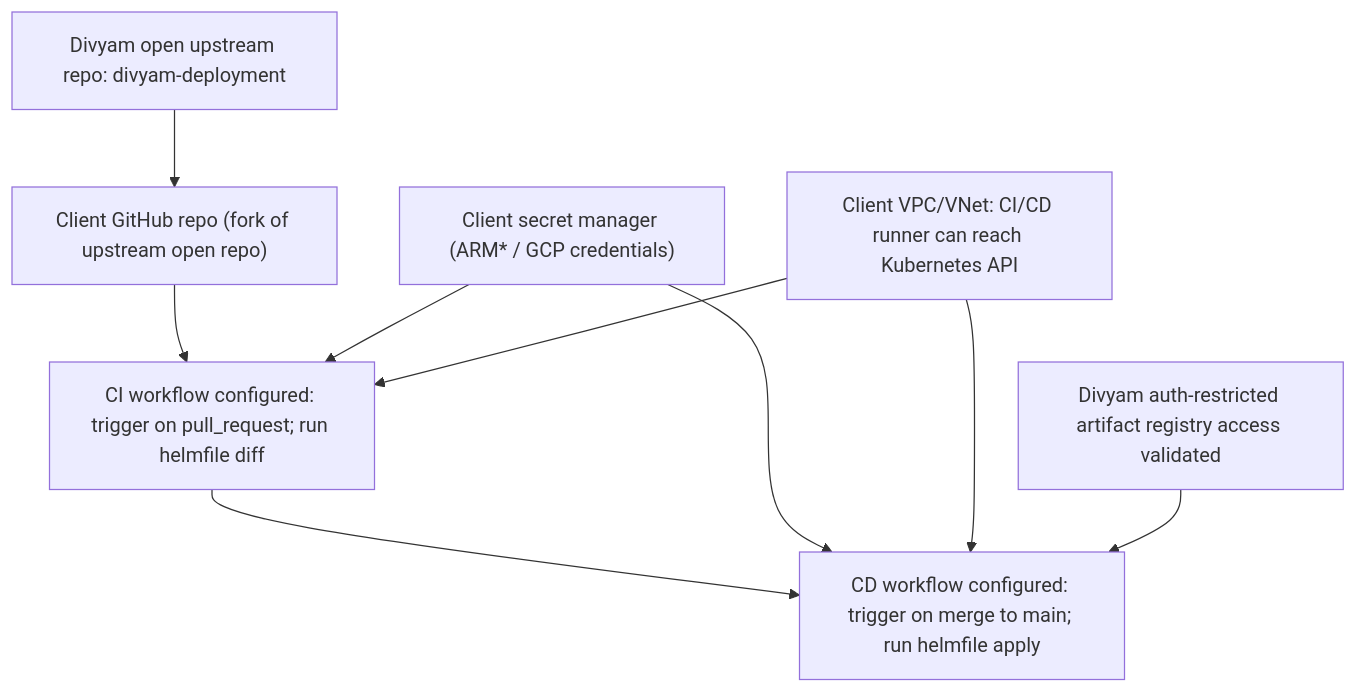
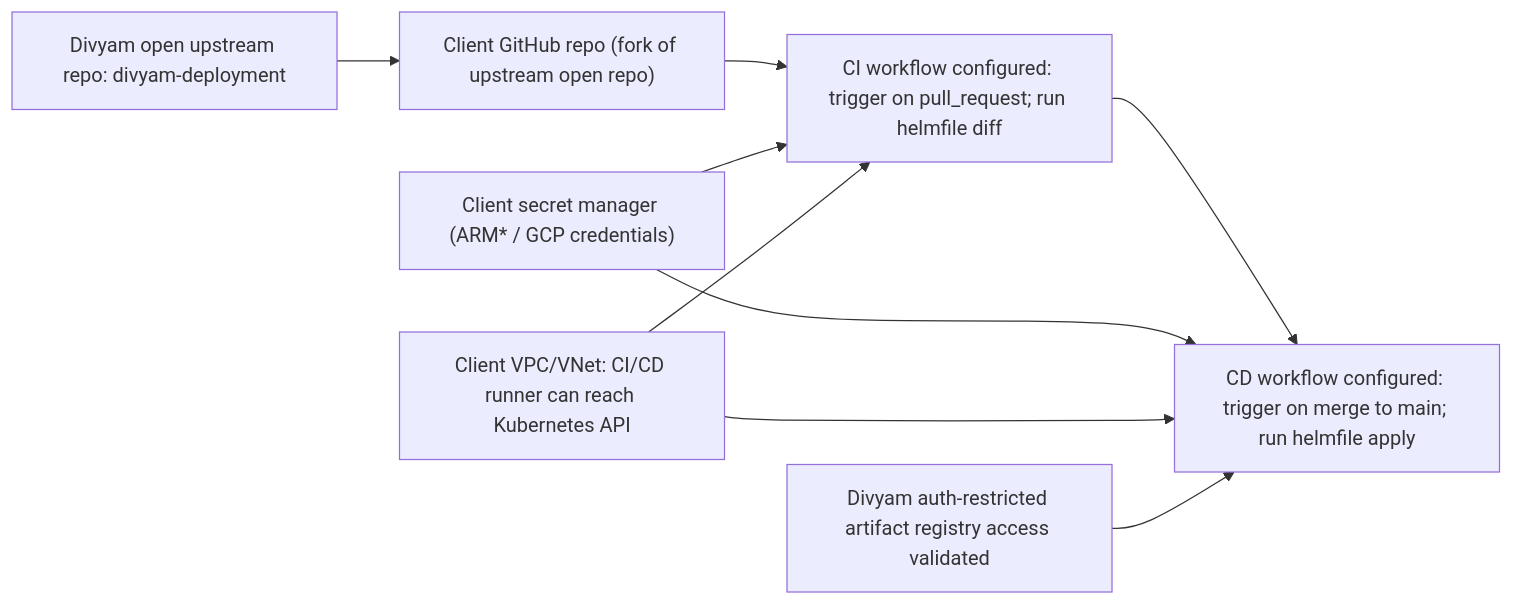
The first of 3 diagrams in k8s/docs/cicd-overview.md (Divyam-AI/divyam-deployment), drawn with Mermaid before and after one commit.

Commit message:
TB -> LR

````diff
--- a/k8s/docs/cicd-overview.md
+++ b/k8s/docs/cicd-overview.md
@@ -13,17 +13,17 @@
 ```mermaid
-flowchart TB
+flowchart LR
   U["Divyam open upstream repo: divyam-deployment"]
   M["Client GitHub repo (fork of upstream open repo)"]
   S["Client secret manager (ARM* / GCP credentials)"]
   N["Client VPC/VNet: CI/CD runner can reach Kubernetes API"]
   C["CI workflow configured: trigger on pull_request; run helmfile diff"]
   D["CD workflow configured: trigger on merge to main; run helmfile apply"]
   R["Divyam auth-restricted artifact registry access validated"]
 
   U --> M --> C --> D
   S --> C
   S --> D
   N --> C
   N --> D
   R --> D
 ```
````
